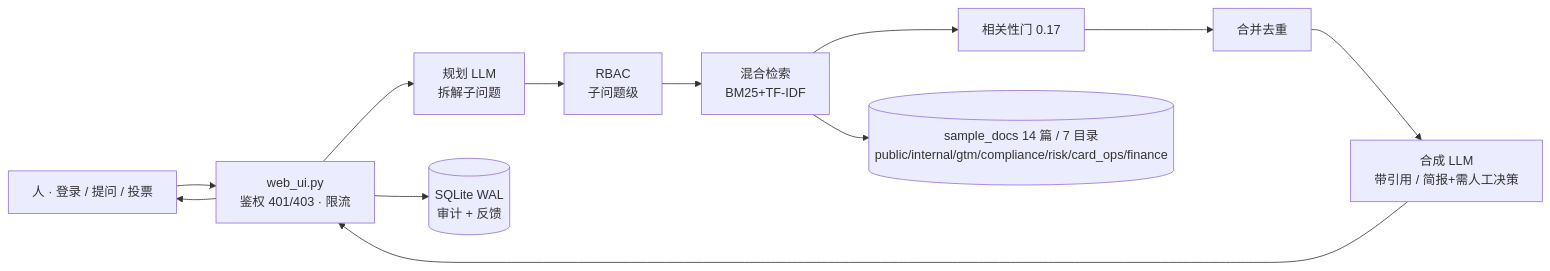
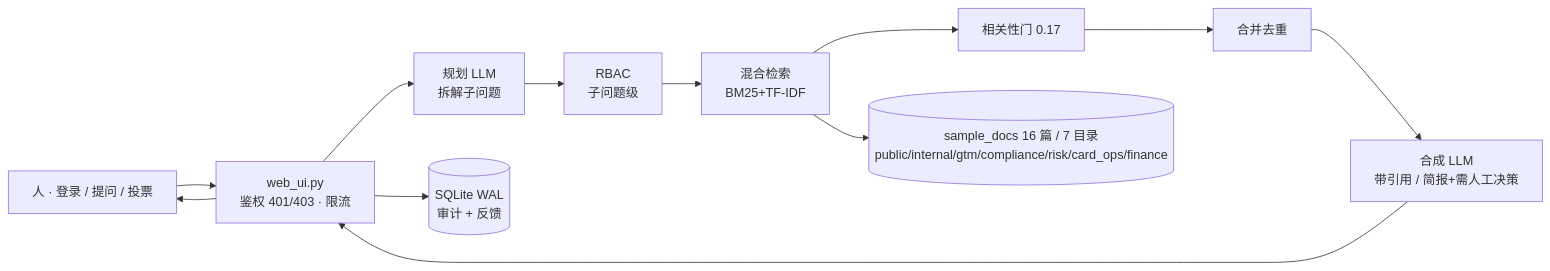
One commit to summersalt827/meridian-pay-kb changed the diagram in README.md. Above: the diagram before and after it, drawn with Mermaid. The commit also changed other lines of this file and 4 other files, not shown here.

````diff
--- a/README.md
+++ b/README.md
@@ -61,7 +61,7 @@
 ```mermaid
 flowchart LR
   H["人 · 登录 / 提问 / 投票"] --> API["web_ui.py<br/>鉴权 401/403 · 限流"]
   API --> PLAN["规划 LLM<br/>拆解子问题"] --> RBAC["RBAC<br/>子问题级"] --> RET["混合检索<br/>BM25+TF-IDF"] --> GATE["相关性门 0.17"] --> MERGE["合并去重"] --> SYNTH["合成 LLM<br/>带引用 / 简报+需人工决策"] --> API --> H
-  RET --> DOCS[("sample_docs 14 篇 / 7 目录<br/>public/internal/gtm/compliance/risk/card_ops/finance")]
+  RET --> DOCS[("sample_docs 16 篇 / 7 目录<br/>public/internal/gtm/compliance/risk/card_ops/finance")]
   API --> DB[("SQLite WAL<br/>审计 + 反馈")]
 ```
````
